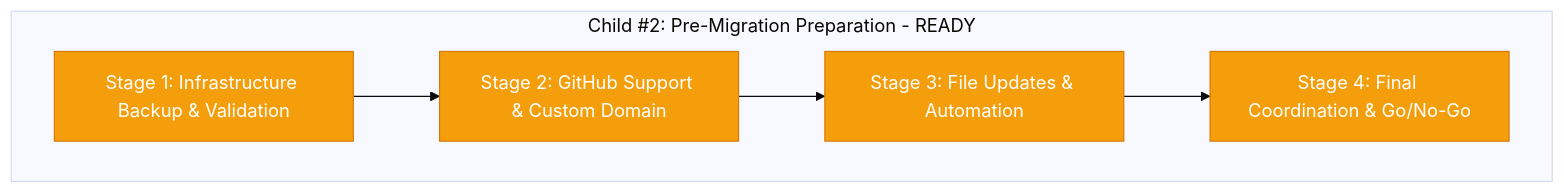
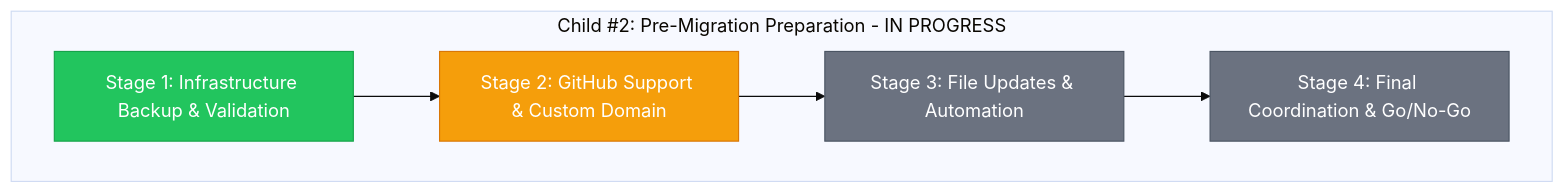
The diagram in docs/proposals/epic-12-organization-migration/child-2-pre-migration-preparation/progress.md (info-tech-io/info-tech-io.github.io), drawn with Mermaid (base theme) before and after one commit. The commit also changed other lines of this file and 2 other files, not shown here.

First line of the commit message:
docs(child-2): complete Stage 1 Infrastructure Backup & Validation

````diff
--- a/docs/proposals/epic-12-organization-migration/child-2-pre-migration-preparation/progress.md
+++ b/docs/proposals/epic-12-organization-migration/child-2-pre-migration-preparation/progress.md
@@ -13,15 +13,17 @@
 ```mermaid
 graph TD
-    subgraph "Child #2: Pre-Migration Preparation - READY"
+    subgraph "Child #2: Pre-Migration Preparation - IN PROGRESS"
         A[Stage 1: Infrastructure Backup & Validation] --> B[Stage 2: GitHub Support & Custom Domain]
         B --> C[Stage 3: File Updates & Automation]
         C --> D[Stage 4: Final Coordination & Go/No-Go]
     end
 
     classDef completed fill:#22c55e,stroke:#16a34a,color:#fff
     classDef inProgress fill:#3b82f6,stroke:#1d4ed8,color:#fff
     classDef pending fill:#6b7280,stroke:#4b5563,color:#fff
     classDef ready fill:#f59e0b,stroke:#d97706,color:#fff
 
-    class A,B,C,D ready
+    class A completed
+    class B ready
+    class C,D pending
 ```
````
